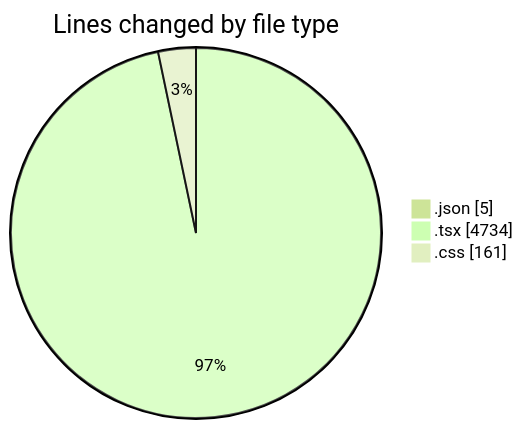
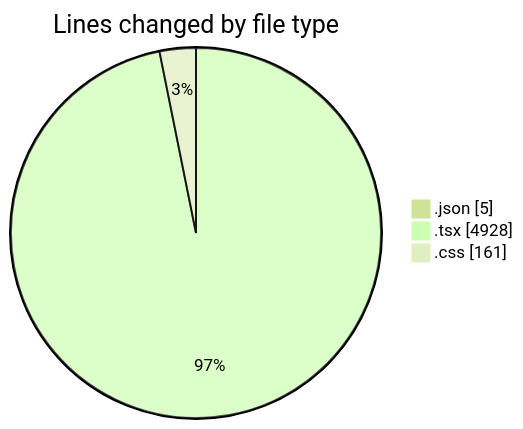
Before and after one commit to Elitesun/code-tracking: the first of 2 diagrams in 2025-05-29/advertise/README.md, drawn with Mermaid (forest theme). The commit also changed other lines of this file and 1 other file, not shown here.

````diff
--- a/2025-05-29/advertise/README.md
+++ b/2025-05-29/advertise/README.md
@@ -38,7 +40,7 @@
 ```mermaid
 pie showData
 title Lines changed by file type
 ".json" : 5
-".tsx" : 4734
+".tsx" : 4928
 ".css" : 161
 ```
````
